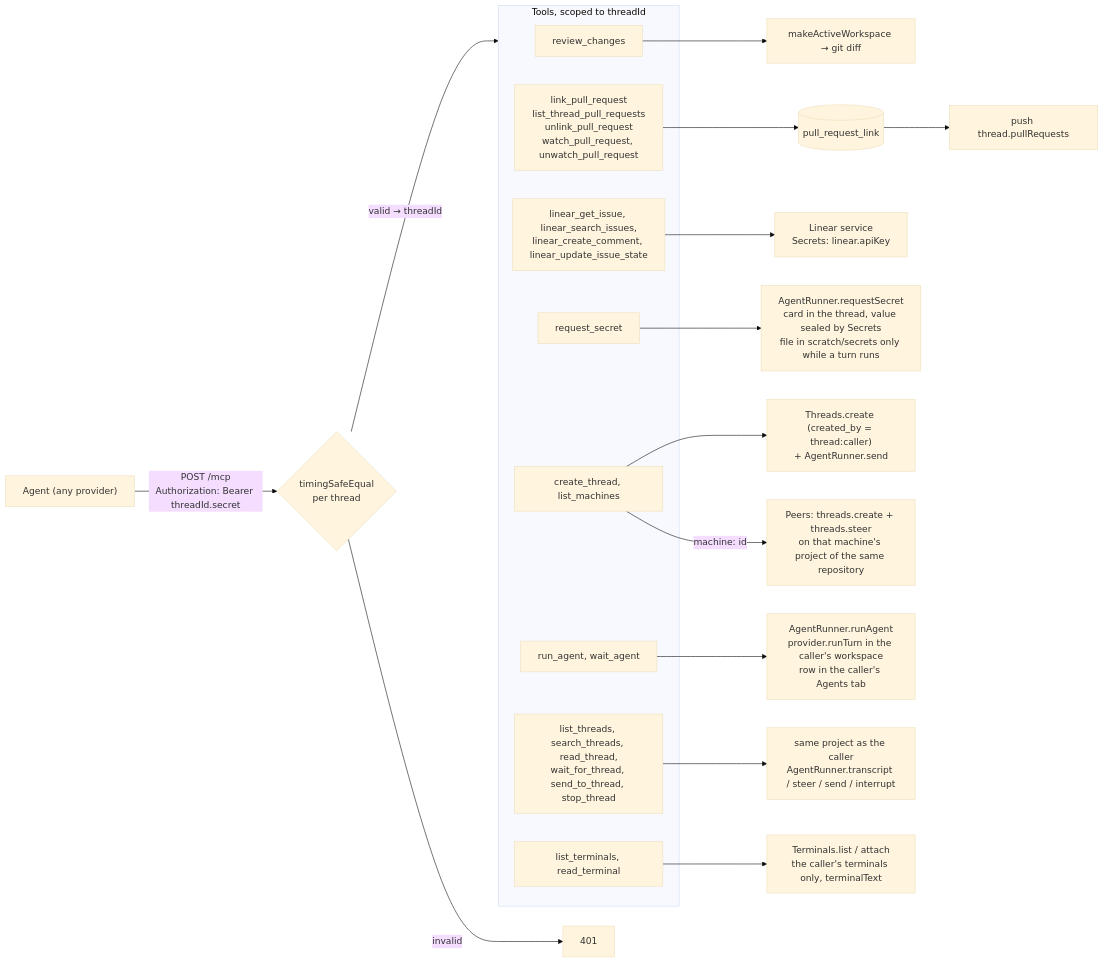
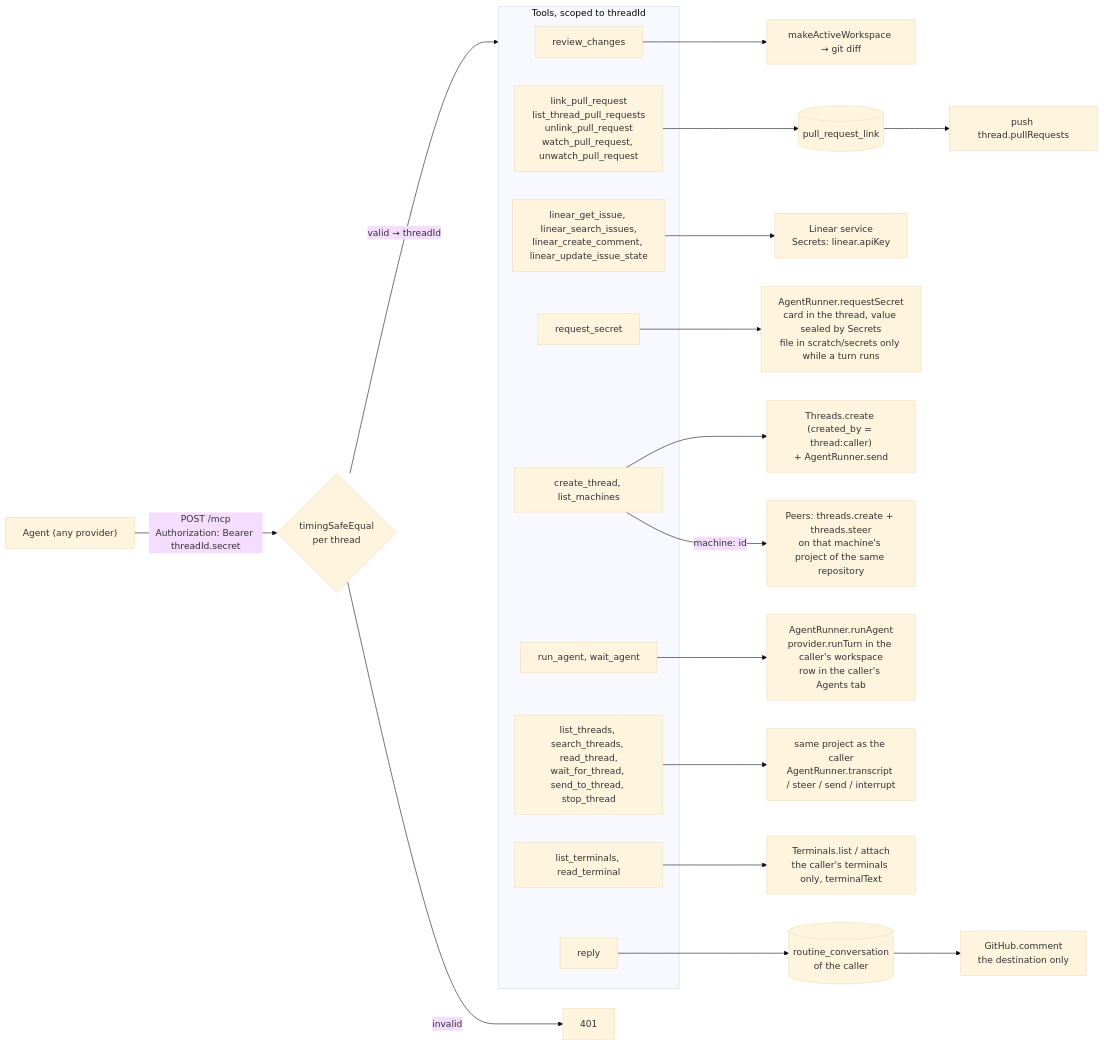
Diagram 16 of 19 in docs/arch.md (hinadev-ai/hinacode), drawn with Mermaid (base theme) before and after one commit. The commit also changed other lines of this file and 26 other files, not shown here.

First line of the commit message:
feat(routines): start and continue threads from GitHub events

````diff
--- a/docs/arch.md
+++ b/docs/arch.md
@@ -674,25 +683,27 @@
 ```mermaid
 flowchart LR
   agent["Agent (any provider)"] -- "POST /mcp<br/>Authorization: Bearer threadId.secret" --> auth{"timingSafeEqual<br/>per thread"}
   auth -- "valid → threadId" --> tools
   auth -- invalid --> deny["401"]
   subgraph tools["Tools, scoped to threadId"]
     review["review_changes"]
     prs["link_pull_request<br/>list_thread_pull_requests<br/>unlink_pull_request<br/>watch_pull_request, unwatch_pull_request"]
     linear["linear_get_issue, linear_search_issues,<br/>linear_create_comment, linear_update_issue_state"]
     secret["request_secret"]
     create["create_thread, list_machines"]
     run["run_agent, wait_agent"]
     control["list_threads, search_threads, read_thread,<br/>wait_for_thread, send_to_thread, stop_thread"]
     terms["list_terminals, read_terminal"]
+    reply["reply"]
   end
   review --> ws["makeActiveWorkspace → git diff"]
   prs --> db[("pull_request_link")] --> push["push thread.pullRequests"]
   linear --> apikey["Linear service<br/>Secrets: linear.apiKey"]
   secret --> runner["AgentRunner.requestSecret<br/>card in the thread, value sealed by Secrets<br/>file in scratch/secrets only while a turn runs"]
   create --> threads["Threads.create (created_by = thread:caller)<br/>+ AgentRunner.send"]
   create -- "machine: id" --> peers["Peers: threads.create + threads.steer<br/>on that machine's project of the same repository"]
   run --> agentRun["AgentRunner.runAgent<br/>provider.runTurn in the caller's workspace<br/>row in the caller's Agents tab"]
   control --> scope["same project as the caller<br/>AgentRunner.transcript / steer / send / interrupt"]
   terms --> scrollback["Terminals.list / attach<br/>the caller's terminals only, terminalText"]
+  reply --> conv[("routine_conversation<br/>of the caller")] --> gh["GitHub.comment<br/>the destination only"]
 ```
````
